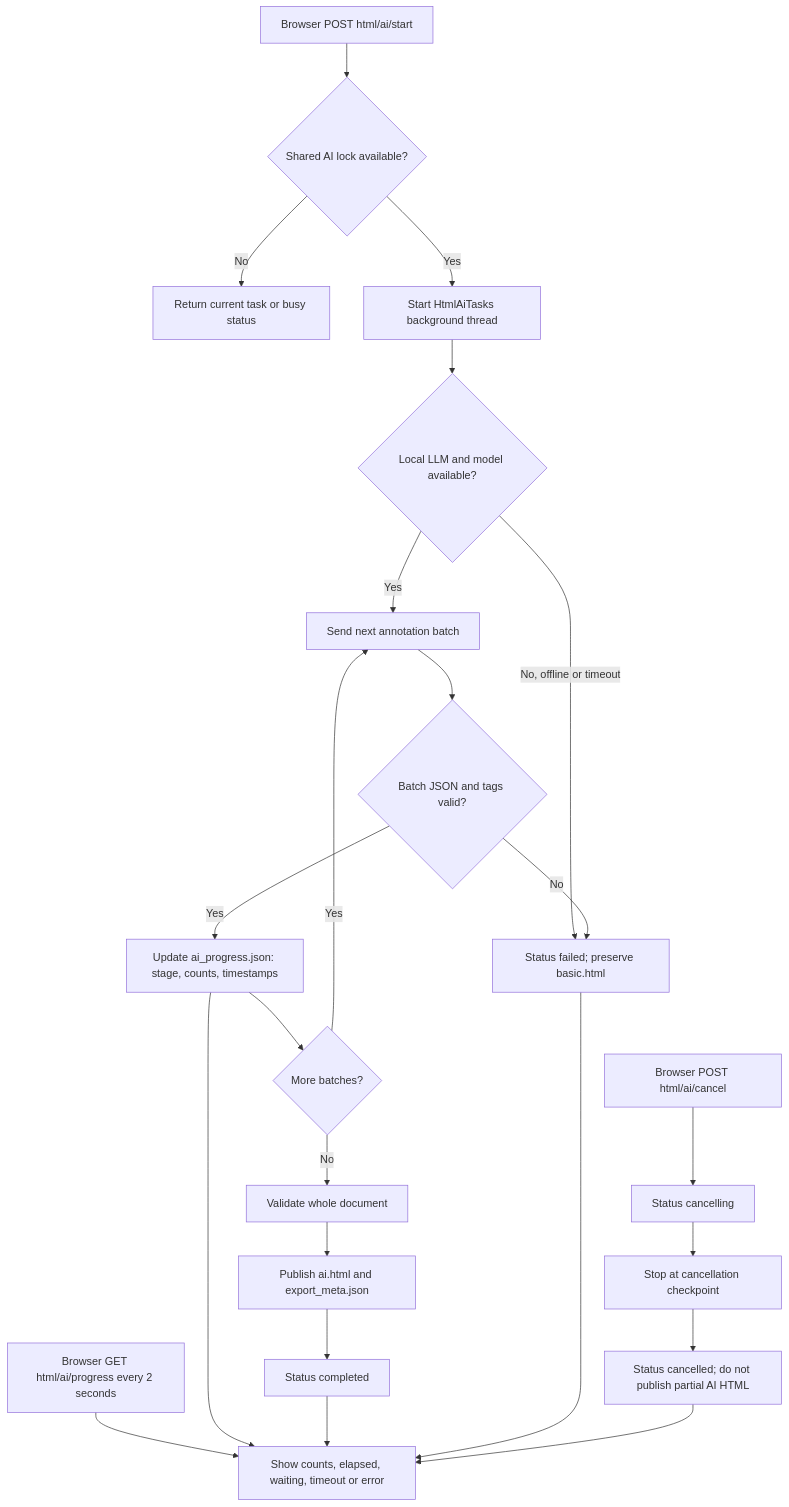
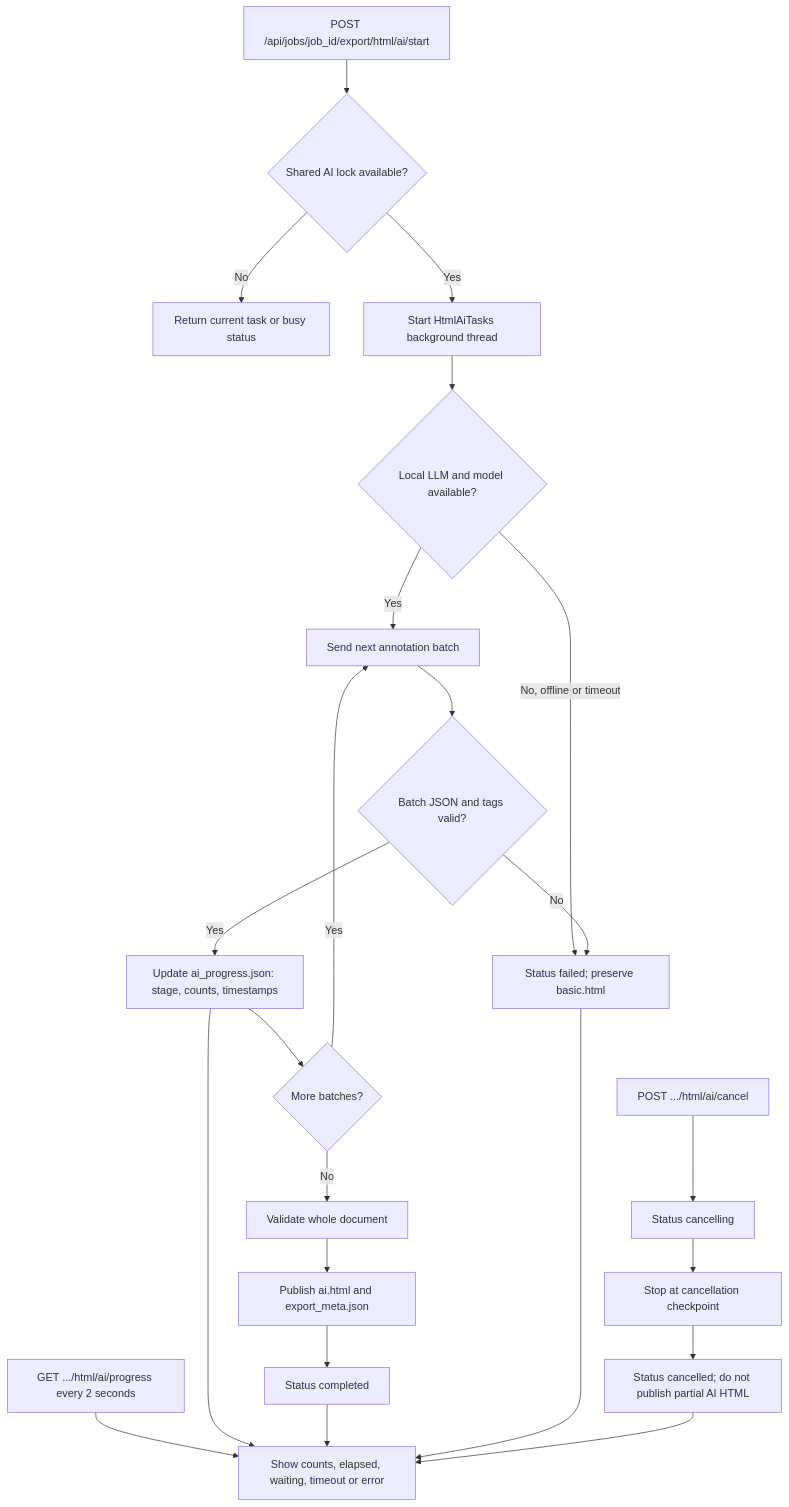
One commit to anuwatm/pdf-ocr-studio changed the sixth of 10 diagrams in readme.md. Above: the diagram before and after it, drawn with Mermaid. The commit also changed other lines of this file and 18 other files, not shown here.

````diff
--- a/readme.md
+++ b/readme.md
@@ -270,25 +290,25 @@
 ```mermaid
 flowchart TD
-    Start["Browser POST html/ai/start"] --> Lock{"Shared AI lock available?"}
+    Start["POST /api/jobs/job_id/export/html/ai/start"] --> Lock{"Shared AI lock available?"}
     Lock -->|No| Busy["Return current task or busy status"]
     Lock -->|Yes| Task["Start HtmlAiTasks background thread"]
     Task --> Capability{"Local LLM and model available?"}
     Capability -->|Yes| Batch["Send next annotation batch"]
     Batch --> Validate{"Batch JSON and tags valid?"}
     Validate -->|Yes| Persist["Update ai_progress.json: stage, counts, timestamps"]
     Persist --> More{"More batches?"}
     More -->|Yes| Batch
     More -->|No| Whole["Validate whole document"]
     Whole --> Publish["Publish ai.html and export_meta.json"]
     Publish --> Completed["Status completed"]
     Capability -->|No, offline or timeout| Failed["Status failed; preserve basic.html"]
     Validate -->|No| Failed
-    Poll["Browser GET html/ai/progress every 2 seconds"] --> Status["Show counts, elapsed, waiting, timeout or error"]
+    Poll["GET .../html/ai/progress every 2 seconds"] --> Status["Show counts, elapsed, waiting, timeout or error"]
     Persist --> Status
     Completed --> Status
     Failed --> Status
-    Cancel["Browser POST html/ai/cancel"] --> Cancelling["Status cancelling"]
+    Cancel["POST .../html/ai/cancel"] --> Cancelling["Status cancelling"]
     Cancelling --> Checkpoint["Stop at cancellation checkpoint"]
     Checkpoint --> Cancelled["Status cancelled; do not publish partial AI HTML"]
     Cancelled --> Status
 ```
````
